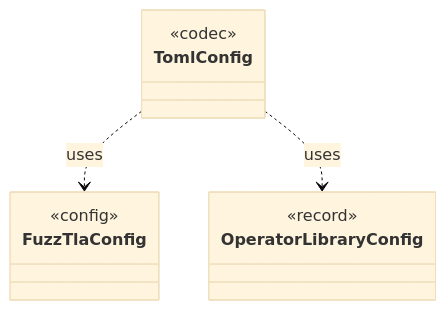
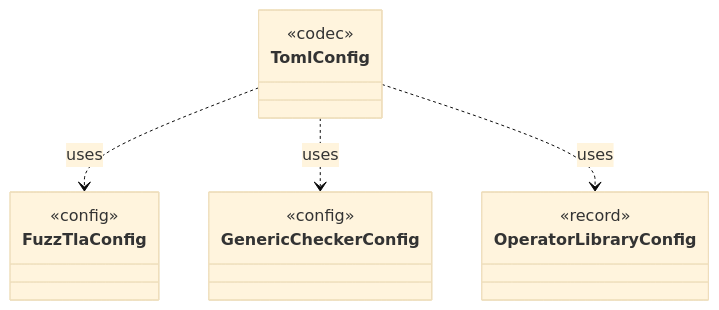
Before and after one commit to tlaplus/model-checker-hardening: the diagram in dev/types/io.github.tlaplus.hardening.config.TomlConfig.md, drawn with Mermaid (base theme). The commit also changed other lines of this file and 419 other files, not shown here.

````diff
--- a/dev/types/io.github.tlaplus.hardening.config.TomlConfig.md
+++ b/dev/types/io.github.tlaplus.hardening.config.TomlConfig.md
@@ -7,14 +7,18 @@
 ```mermaid
 classDiagram
   class TomlConfig {
     <<codec>>
   }
   class FuzzTlaConfig {
     <<config>>
   }
+  class GenericCheckerConfig {
+    <<config>>
+  }
   class OperatorLibraryConfig {
     <<record>>
   }
   TomlConfig ..> FuzzTlaConfig : uses
+  TomlConfig ..> GenericCheckerConfig : uses
   TomlConfig ..> OperatorLibraryConfig : uses
 ```
````
